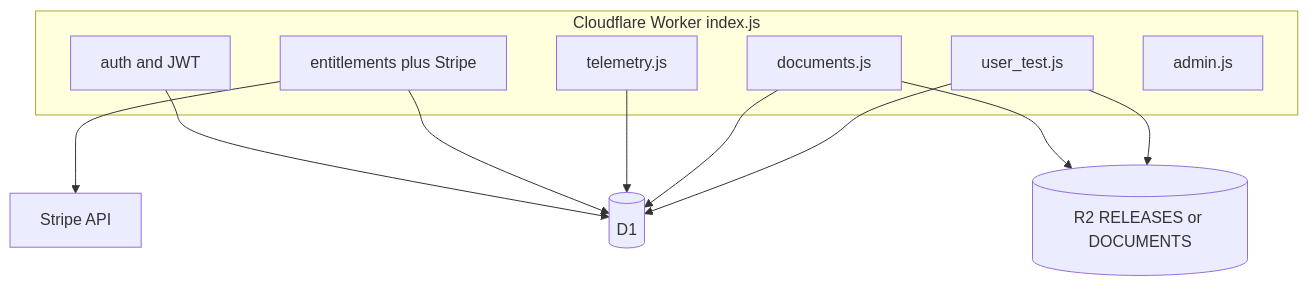
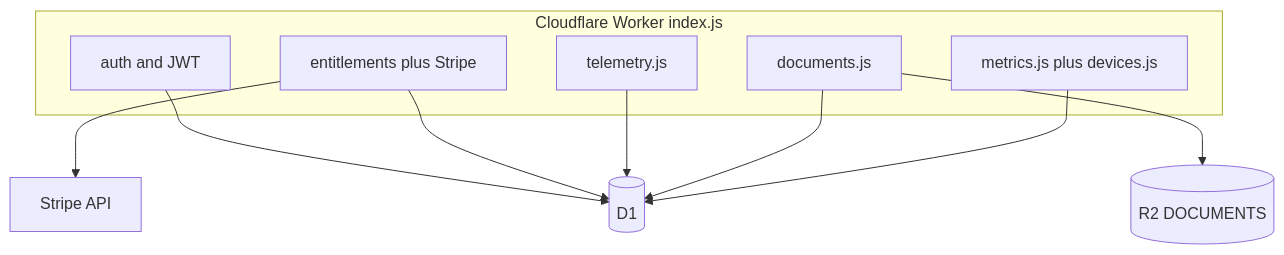
One commit to KorraOne/FrogsWorkInvoicer changed the second of 6 diagrams in docs/PLATFORM-ARCHITECTURE.md. Above: the diagram before and after it, drawn with Mermaid. The commit also changed other lines of this file and 101 other files, not shown here.

````diff
--- a/docs/PLATFORM-ARCHITECTURE.md
+++ b/docs/PLATFORM-ARCHITECTURE.md
@@ -145,20 +144,18 @@
 ```mermaid
 flowchart TB
     subgraph worker [Cloudflare Worker index.js]
         Auth[auth and JWT]
         Ent[entitlements plus Stripe]
         Tel[telemetry.js]
         Doc[documents.js]
-        UT[user_test.js]
-        Admin[admin.js]
+        Metrics[metrics.js plus devices.js]
     end
 
     Auth --> D1[(D1)]
     Ent --> D1
     Tel --> D1
     Doc --> D1
-    Doc --> R2[(R2 RELEASES or DOCUMENTS)]
-    UT --> D1
-    UT --> R2
+    Doc --> R2[(R2 DOCUMENTS)]
+    Metrics --> D1
     Ent --> Stripe[Stripe API]
 ```
````
